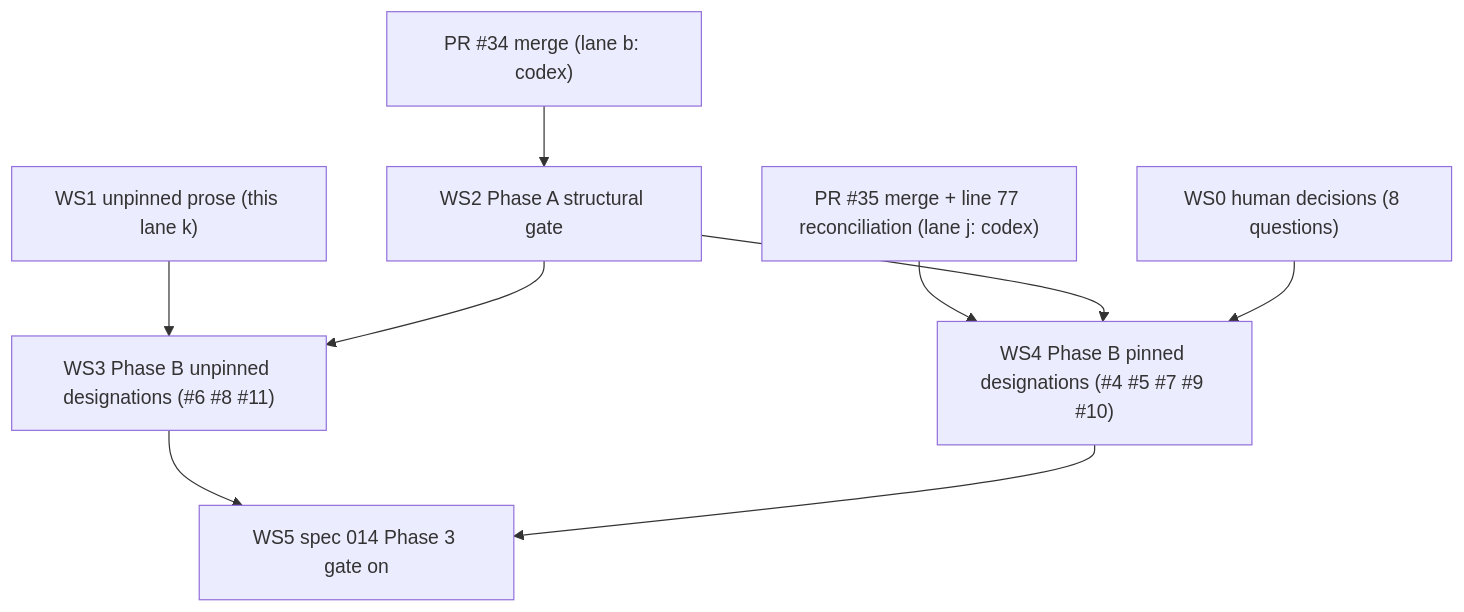
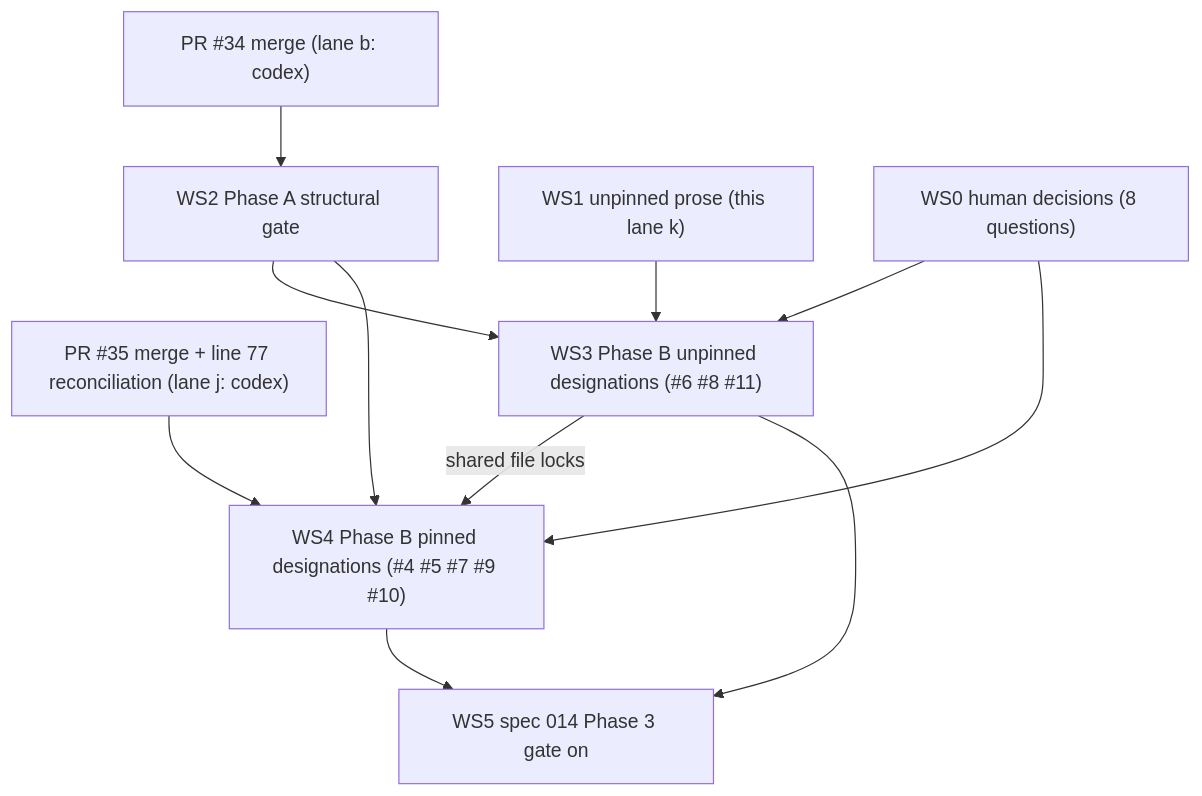
The diagram in specs/016-lane-transition-contract-implementation-plan.md (codeslp/btrain), drawn with Mermaid before and after one commit. The commit also changed other lines of this file and 1 other file, not shown here.

First line of the commit message:
Record the eight spec 015 human transition decisions and mark spec 016 WS0 done (#57)

````diff
--- a/specs/016-lane-transition-contract-implementation-plan.md
+++ b/specs/016-lane-transition-contract-implementation-plan.md
@@ -103,11 +104,13 @@
 ```mermaid
 flowchart TD
     PR34["PR #34 merge (lane b: codex)"] --> WS2["WS2 Phase A structural gate"]
     PR35["PR #35 merge + line 77 reconciliation (lane j: codex)"] --> WS4["WS4 Phase B pinned designations (#4 #5 #7 #9 #10)"]
     WS1["WS1 unpinned prose (this lane k)"] --> WS3["WS3 Phase B unpinned designations (#6 #8 #11)"]
     WS2 --> WS3
     WS2 --> WS4
-    WS0["WS0 human decisions (8 questions)"] --> WS4
+    WS0["WS0 human decisions (8 questions)"] --> WS3
+    WS0 --> WS4
+    WS3 -->|shared file locks| WS4
     WS3 --> WS5["WS5 spec 014 Phase 3 gate on"]
     WS4 --> WS5
 ```
````
